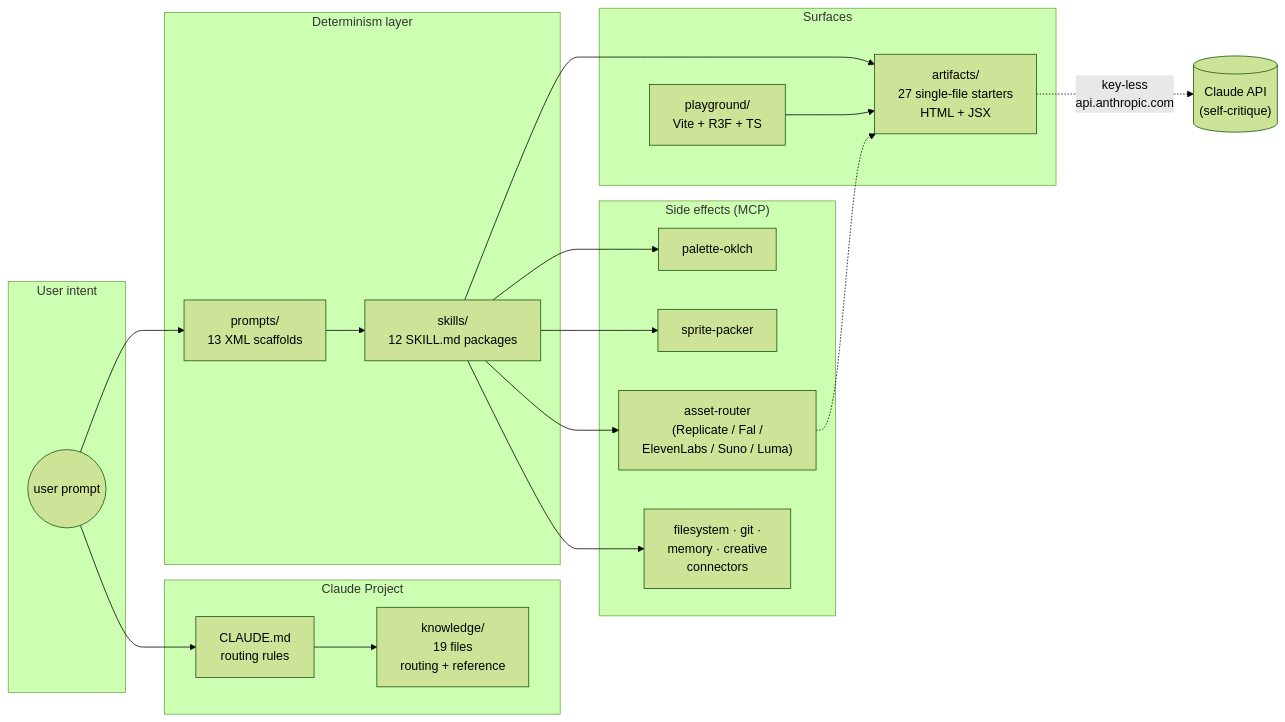
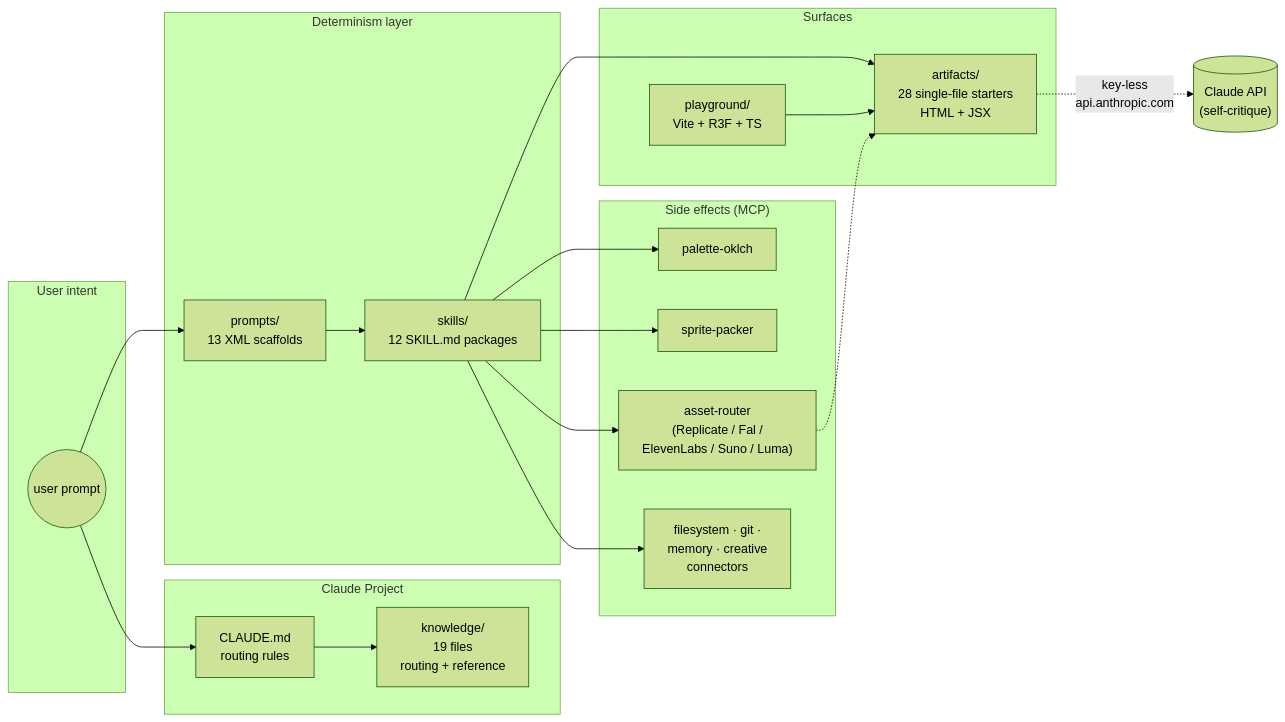
Before and after one commit to barmoshe/claude-creative-stack: the diagram in docs/diagram.md, drawn with Mermaid (forest theme). The commit also changed 3 other files, not shown here.

````diff
--- a/docs/diagram.md
+++ b/docs/diagram.md
@@ -5,37 +5,37 @@
 ```mermaid
 flowchart LR
   subgraph "Claude Project"
     K["knowledge/<br/>19 files<br/>routing + reference"]
     C["CLAUDE.md<br/>routing rules"]
   end
 
   subgraph "User intent"
     U(("user prompt"))
   end
 
   subgraph "Determinism layer"
     P["prompts/<br/>13 XML scaffolds"]
     S["skills/<br/>12 SKILL.md packages"]
   end
 
   subgraph "Surfaces"
-    A["artifacts/<br/>27 single-file starters<br/>HTML + JSX"]
+    A["artifacts/<br/>28 single-file starters<br/>HTML + JSX"]
     PG["playground/<br/>Vite + R3F + TS"]
   end
 
   subgraph "Side effects (MCP)"
     M1["palette-oklch"]
     M2["sprite-packer"]
     M3["asset-router<br/>(Replicate / Fal /<br/>ElevenLabs / Suno / Luma)"]
     M4["filesystem · git ·<br/>memory · creative<br/>connectors"]
   end
 
   U --> C --> K
   U --> P
   P --> S
   S --> A
   S --> M1 & M2 & M3 & M4
   A -. "key-less<br/>api.anthropic.com" .-> CLAUDE[("Claude API<br/>(self-critique)")]
   PG --> A
   M3 -.-> A
 ```
````
